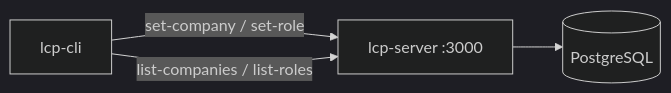
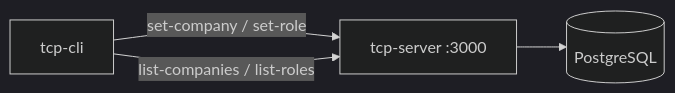
The diagram in docs/manual-testing/02-companies-and-roles.md (instantiator/tcp-server), drawn with Mermaid (dark theme) before and after one commit. The commit also changed other lines of this file and 1129 other files, not shown here.

````diff
--- a/docs/manual-testing/02-companies-and-roles.md
+++ b/docs/manual-testing/02-companies-and-roles.md
@@ -9,6 +9,6 @@
 ```mermaid
 flowchart LR
-    CLI[lcp-cli] -- "set-company / set-role" --> API[lcp-server :3000]
+    CLI[tcp-cli] -- "set-company / set-role" --> API[tcp-server :3000]
     API --> DB[(PostgreSQL)]
     CLI -- "list-companies / list-roles" --> API
 ```
````
